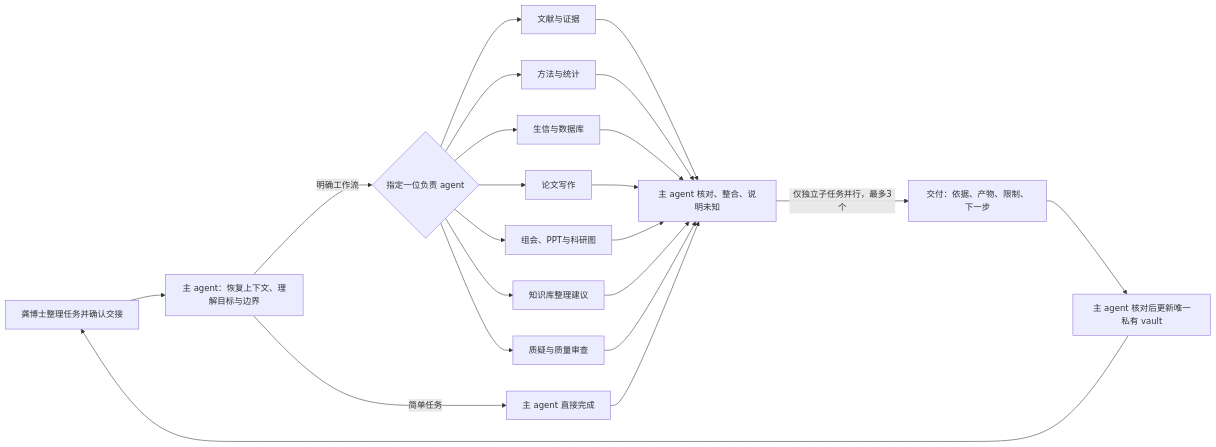
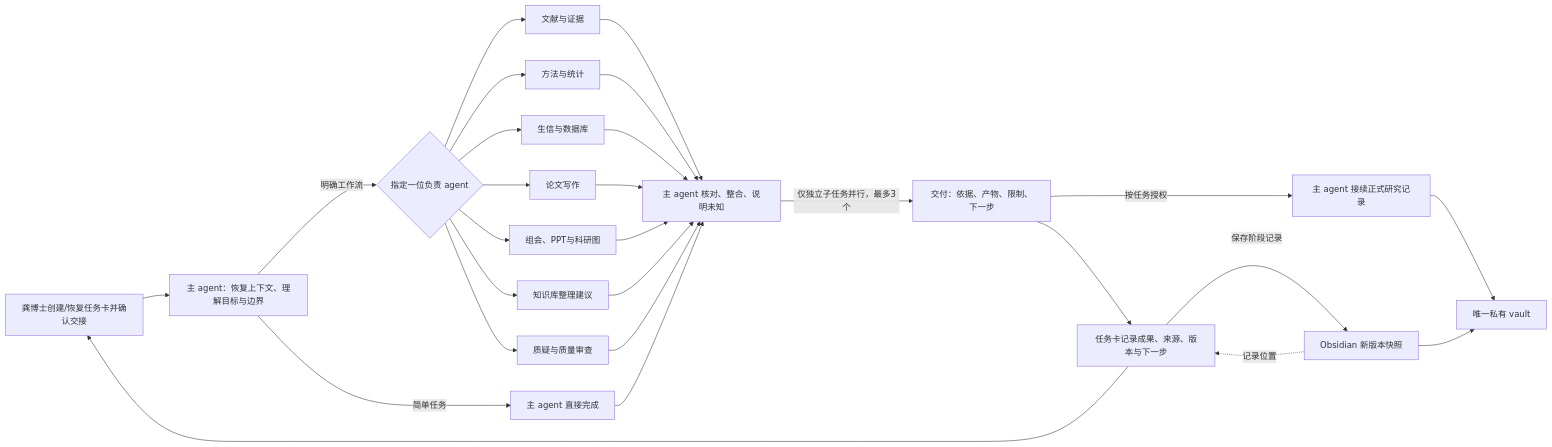
The second of 2 diagrams in 08_完整体系架构.md (youir/danta-research-workbench), drawn with Mermaid before and after one commit. The commit also changed other lines of this file and 24 other files, not shown here.

````diff
--- a/08_完整体系架构.md
+++ b/08_完整体系架构.md
@@ -19,24 +40,29 @@
 ```mermaid
 flowchart LR
-    U[龚博士整理任务并确认交接] --> M[主 agent：恢复上下文、理解目标与边界]
+    U[龚博士创建/恢复任务卡并确认交接] --> M[主 agent：恢复上下文、理解目标与边界]
     M -->|简单任务| D[主 agent 直接完成]
     M -->|明确工作流| A{指定一位负责 agent}
     A --> E[文献与证据]
     A --> S[方法与统计]
     A --> B[生信与数据库]
     A --> W[论文写作]
     A --> C[组会、PPT与科研图]
     A --> K[知识库整理建议]
     A --> Q[质疑与质量审查]
     E --> R[主 agent 核对、整合、说明未知]
     S --> R
     B --> R
     W --> R
     C --> R
     K --> R
     Q --> R
     D --> R
     R -->|仅独立子任务并行，最多3个| P[交付：依据、产物、限制、下一步]
-    P --> H[主 agent 核对后更新唯一私有 vault]
-    H --> U
+    P --> T[任务卡记录成果、来源、版本与下一步]
+    T -->|保存阶段记录| H[Obsidian 新版本快照]
+    P -->|按任务授权| K2[主 agent 接续正式研究记录]
+    K2 --> V[唯一私有 vault]
+    H --> V
+    H -.记录位置.-> T
+    T --> U
 ```
````
